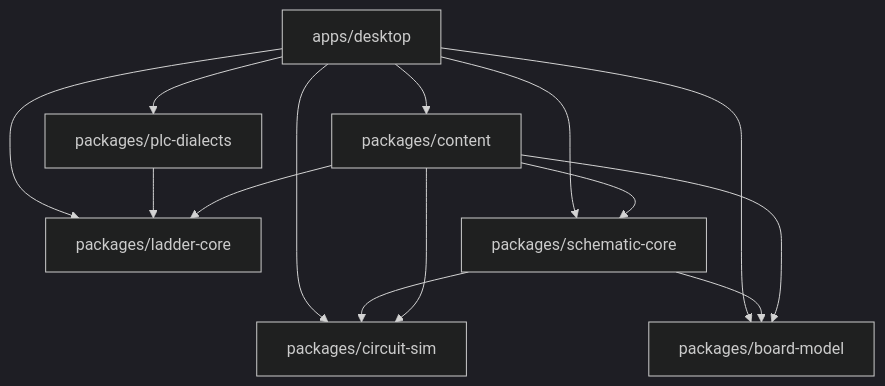
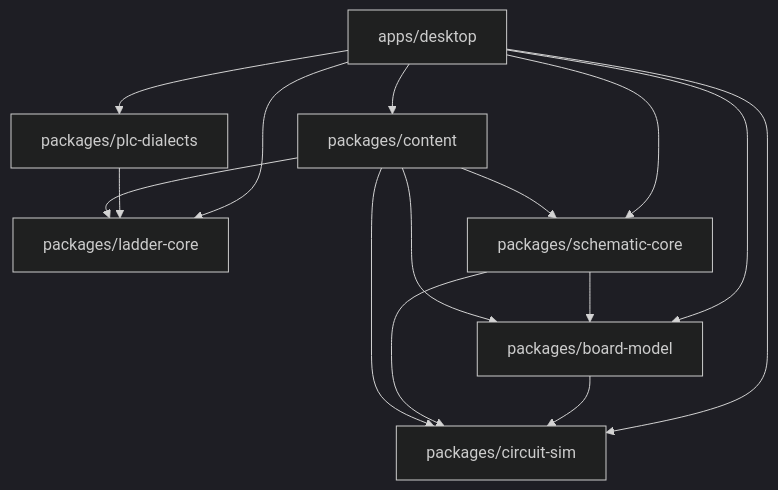
The diagram in docs/superpowers/specs/2026-09-13-ojt-electrical-trainer-design.md (oltotlo79-rgb/OJT), drawn with Mermaid (dark theme) before and after one commit. The commit also changed other lines of this file and 1 other file, not shown here.

First line of the commit message:
docs: add Plan 1B (board-model + schematic-core) and align spec with Plan 1A decisions

````diff
--- a/docs/superpowers/specs/2026-09-13-ojt-electrical-trainer-design.md
+++ b/docs/superpowers/specs/2026-09-13-ojt-electrical-trainer-design.md
@@ -120,24 +120,25 @@
 ```mermaid
 graph TD
   desktop[apps/desktop]
   sim[packages/circuit-sim]
   board[packages/board-model]
   ladder[packages/ladder-core]
   dialects[packages/plc-dialects]
   schematic[packages/schematic-core]
   content[packages/content]
 
   desktop --> sim
   desktop --> board
   desktop --> ladder
   desktop --> dialects
   desktop --> schematic
   desktop --> content
   dialects --> ladder
+  board --> sim
   schematic --> board
   schematic --> sim
   content --> board
   content --> sim
   content --> schematic
   content --> ladder
 ```
````
